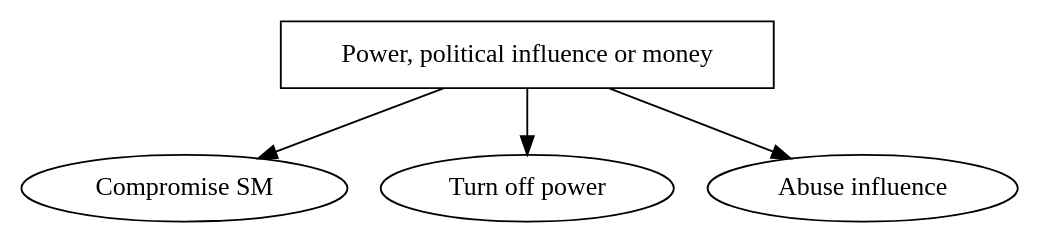
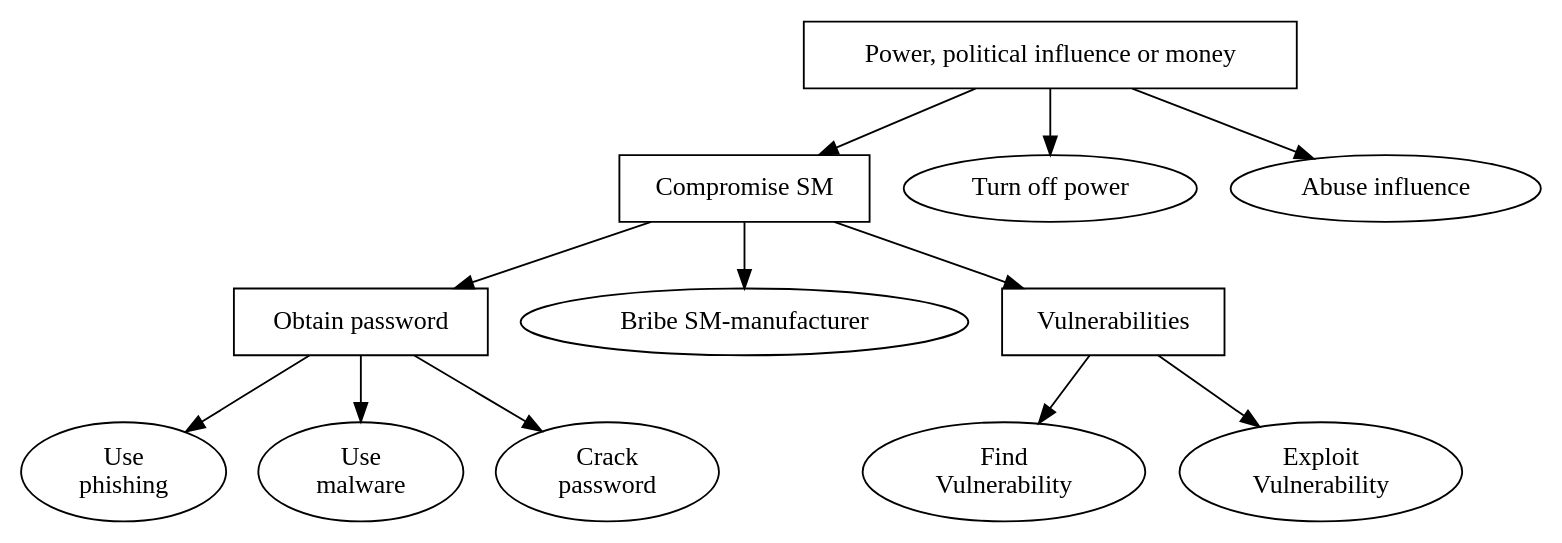
Before and after one commit to des904e15/report: the diagram in figures/graphviz/offswitch.dot, drawn with Graphviz. The commit also changed 1 other file, not shown here.

Commit message:
add compromise subtree to offswitch tree

```diff
--- a/figures/graphviz/offswitch.dot
+++ b/figures/graphviz/offswitch.dot
@@ -1,13 +1,36 @@
 digraph G{
 	node [style=filled fillcolor=white]
 
 	root[label="Power, political influence or money",shape=AND];	
 
-	access[label="Compromise SM"]
+	
+
+	compromise_sm[label="Compromise SM",shape=OR];
+	obtainPassword[label="Obtain password",shape=OR];
+	bribe[label="Bribe SM-manufacturer"];
+    compromise_sm ->bribe;
+	compromise_sm -> obtainPassword;
+	exploitVulnerability[label="Vulnerabilities"];
+	compromise_sm -> exploitVulnerability;
+
+		
+		phishing[label="Use\nphishing"];
+		obtainPassword -> phishing;
+		malware2[label="Use\nmalware"];
+		obtainPassword -> malware2;
+		crackPassword[label="Crack\npassword"];
+		obtainPassword -> crackPassword;
+
+		exploitVulnerability[shape=AND];
+		findVuln[label="Find\nVulnerability"];
+		exploitVulnerability -> findVuln;
+		exploitVuln[label="Exploit\nVulnerability"];
+		exploitVulnerability -> exploitVuln;
+
 	off_switch[label="Turn off power"];
 	power[label="Abuse influence"]
 
-	root -> access;
+	root -> compromise_sm;
 	root -> off_switch;
 	root -> power;		
 	}
```
